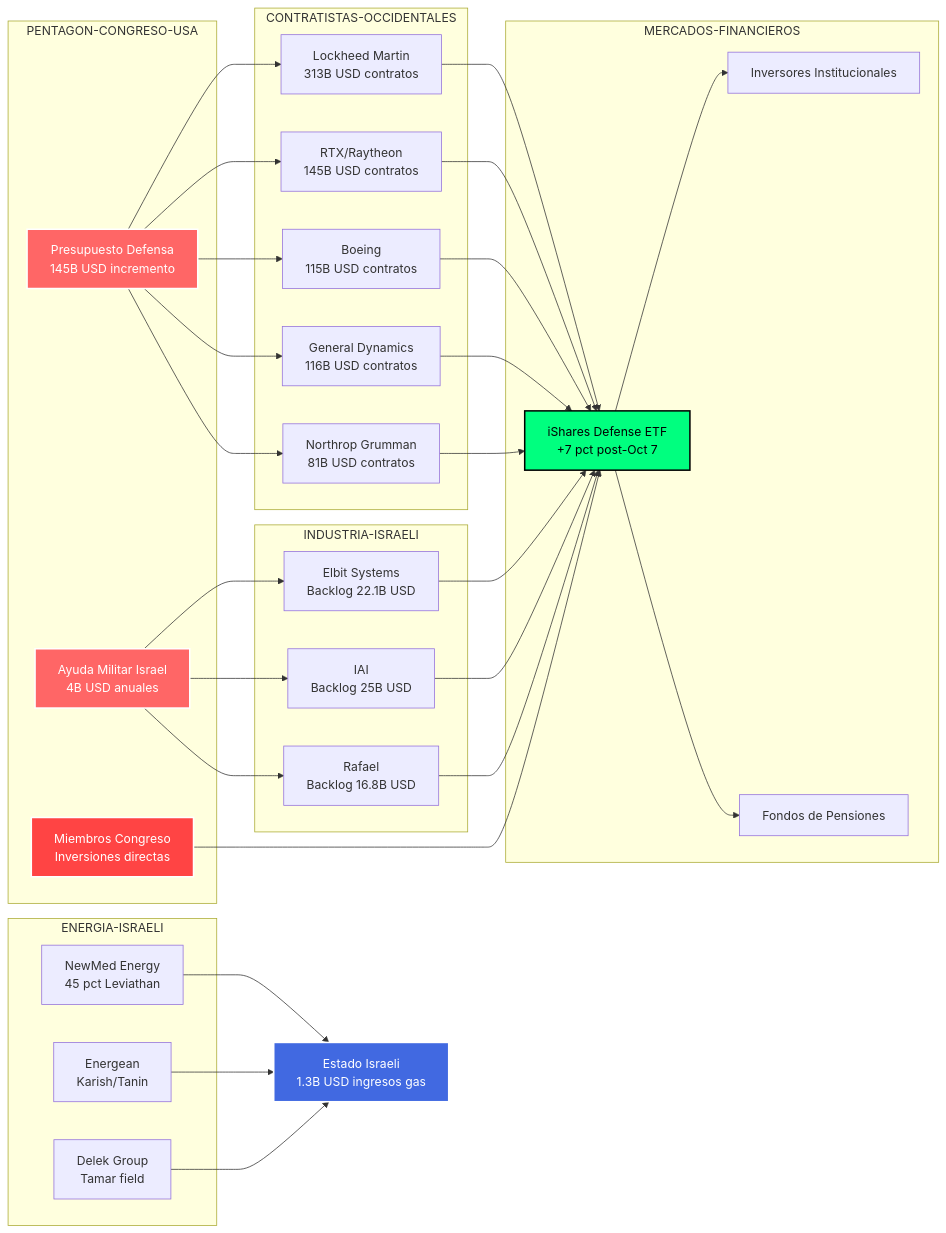
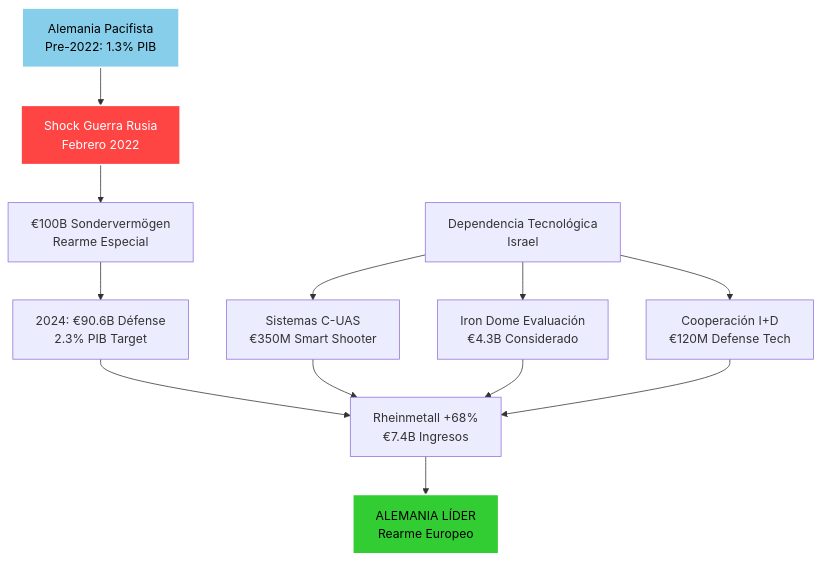
One commit to perpetuocambio/annotations changed diagram 11 of 18 in intel/israel_geopolitical_analysis.md. Above: the diagram before and after it, drawn with Mermaid. The commit also changed other lines of this file, not shown here.

````diff
--- a/intel/israel_geopolitical_analysis.md
+++ b/intel/israel_geopolitical_analysis.md
@@ -388,68 +566,21 @@
 ```mermaid
-graph LR
-    subgraph "PENTAGON-CONGRESO-USA"
-        A[Presupuesto Defensa<br/>145B USD incremento]
-        B[Ayuda Militar Israel<br/>4B USD anuales]
-        C[Miembros Congreso<br/>Inversiones directas]
-    end
+flowchart TD
+    A[Alemania Pacifista<br/>Pre-2022: 1.3% PIB] --> B[Shock Guerra Rusia<br/>Febrero 2022]
+    B --> C[€100B Sondervermögen<br/>Rearme Especial]
+    C --> D[2024: €90.6B Défense<br/>2.3% PIB Target]
 
-    subgraph "CONTRATISTAS-OCCIDENTALES"
-        D[Lockheed Martin<br/>313B USD contratos]
-        E[RTX/Raytheon<br/>145B USD contratos]
-        F[Boeing<br/>115B USD contratos]
-        G[General Dynamics<br/>116B USD contratos]
-        H[Northrop Grumman<br/>81B USD contratos]
-    end
+    E[Dependencia Tecnológica<br/>Israel] --> F[Sistemas C-UAS<br/>€350M Smart Shooter]
+    E --> G[Iron Dome Evaluación<br/>€4.3B Considerado]
+    E --> H[Cooperación I+D<br/>€120M Defense Tech]
 
-    subgraph "INDUSTRIA-ISRAELI"
-        I[Elbit Systems<br/>Backlog 22.1B USD]
-        J[IAI<br/>Backlog 25B USD]
-        K[Rafael<br/>Backlog 16.8B USD]
-    end
+    D --> I[Rheinmetall +68%<br/>€7.4B Ingresos]
+    F --> I
+    G --> I
+    H --> I
 
-    subgraph "MERCADOS-FINANCIEROS"
-        L[iShares Defense ETF<br/>+7 pct post-Oct 7]
-        M[Inversores Institucionales]
-        N[Fondos de Pensiones]
-    end
+    I --> J[ALEMANIA LÍDER<br/>Rearme Europeo]
 
-    subgraph "ENERGIA-ISRAELI"
-        O[NewMed Energy<br/>45 pct Leviathan]
-        P[Energean<br/>Karish/Tanin]
-        Q[Delek Group<br/>Tamar field]
-    end
-
-    A --> D
-    A --> E
-    A --> F
-    A --> G
-    A --> H
-
-    B --> I
-    B --> J
-    B --> K
-
-    D --> L
-    E --> L
-    F --> L
-    G --> L
-    H --> L
-
-    I --> L
-    J --> L
-    K --> L
-
-    C --> L
-    L --> M
-    L --> N
-
-    O --> R[Estado Israeli<br/>1.3B USD ingresos gas]
-    P --> R
-    Q --> R
-
-    style A fill:#ff6666,stroke:#fff,stroke-width:2px,color:#fff
-    style B fill:#ff6666,stroke:#fff,stroke-width:2px,color:#fff
-    style C fill:#ff4444,stroke:#fff,stroke-width:2px,color:#fff
-    style L fill:#00ff7f,stroke:#000,stroke-width:2px,color:#000
-    style R fill:#4169e1,stroke:#fff,stroke-width:2px,color:#fff
+    style A fill:#87ceeb,stroke:#fff,stroke-width:2px,color:#000
+    style B fill:#ff4444,stroke:#fff,stroke-width:2px,color:#fff
+    style J fill:#32cd32,stroke:#fff,stroke-width:2px,color:#000
 ```
````
